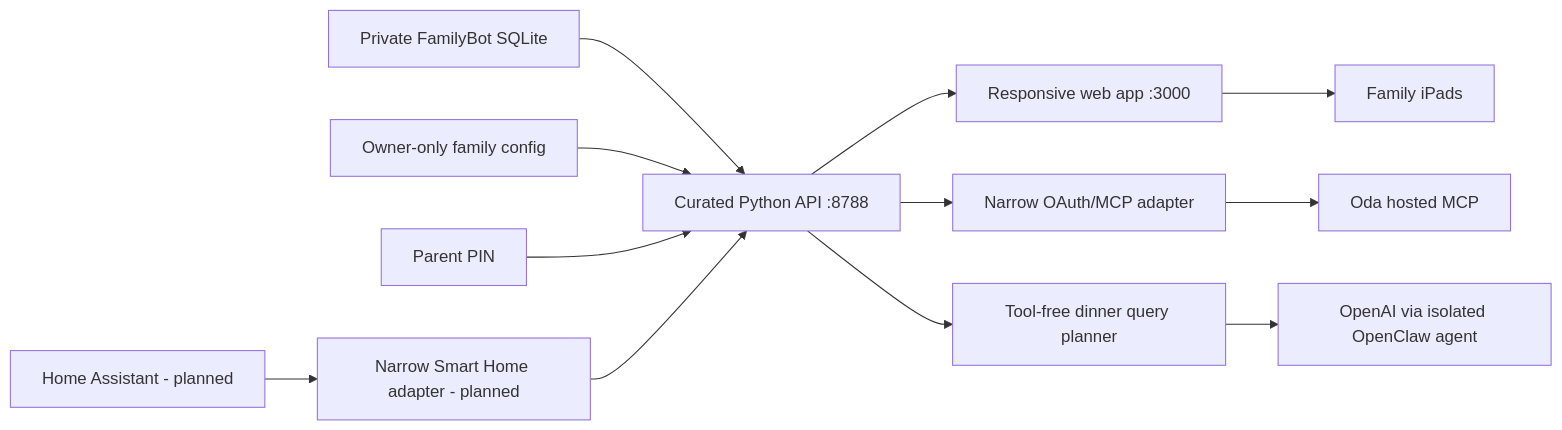
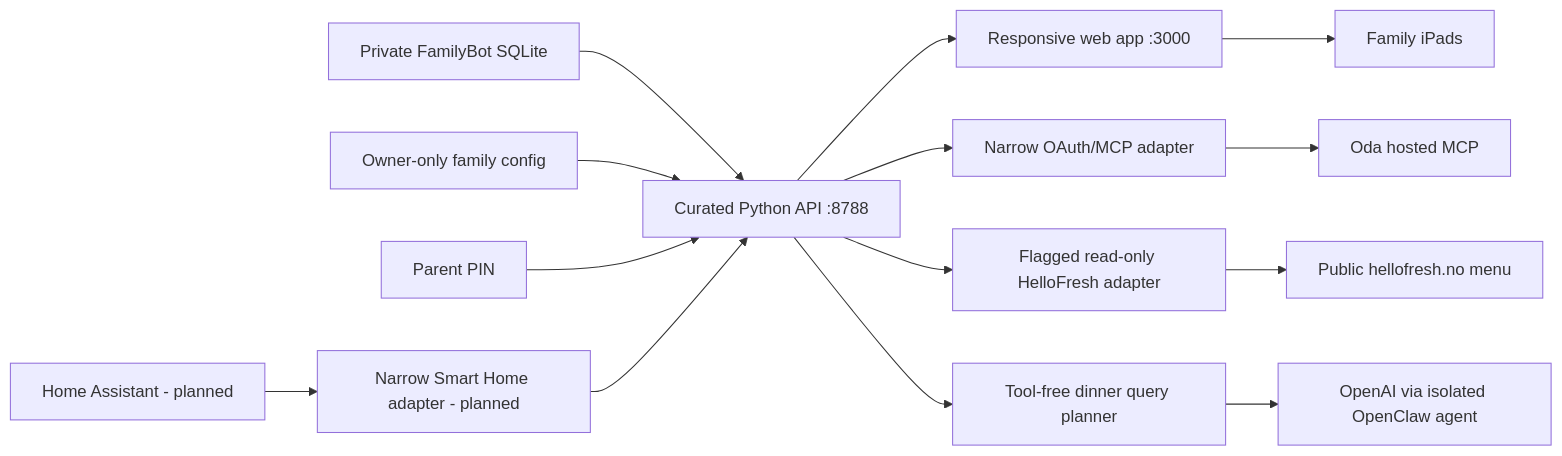
Before and after one commit to TrygveAasheim/familybot-portal: the diagram in docs/DEVELOPMENT_GUIDE.md, drawn with Mermaid. The commit also changed other lines of this file and 16 other files, not shown here.

Commit message:
feat: add read-only HelloFresh Norway menu

````diff
--- a/docs/DEVELOPMENT_GUIDE.md
+++ b/docs/DEVELOPMENT_GUIDE.md
@@ -25,14 +25,16 @@
 ```mermaid
 flowchart LR
   DB["Private FamilyBot SQLite"] --> API["Curated Python API :8788"]
   Config["Owner-only family config"] --> API
   API --> Web["Responsive web app :3000"]
   API --> Oda["Narrow OAuth/MCP adapter"]
   Oda --> OdaMCP["Oda hosted MCP"]
+  API --> HF["Flagged read-only HelloFresh adapter"]
+  HF --> HFNO["Public hellofresh.no menu"]
   API --> Dinner["Tool-free dinner query planner"]
   Dinner --> OpenAI["OpenAI via isolated OpenClaw agent"]
   Web --> iPad["Family iPads"]
   Parent["Parent PIN"] --> API
   HA["Home Assistant - planned"] --> Smart["Narrow Smart Home adapter - planned"]
   Smart --> API
 ```
````
